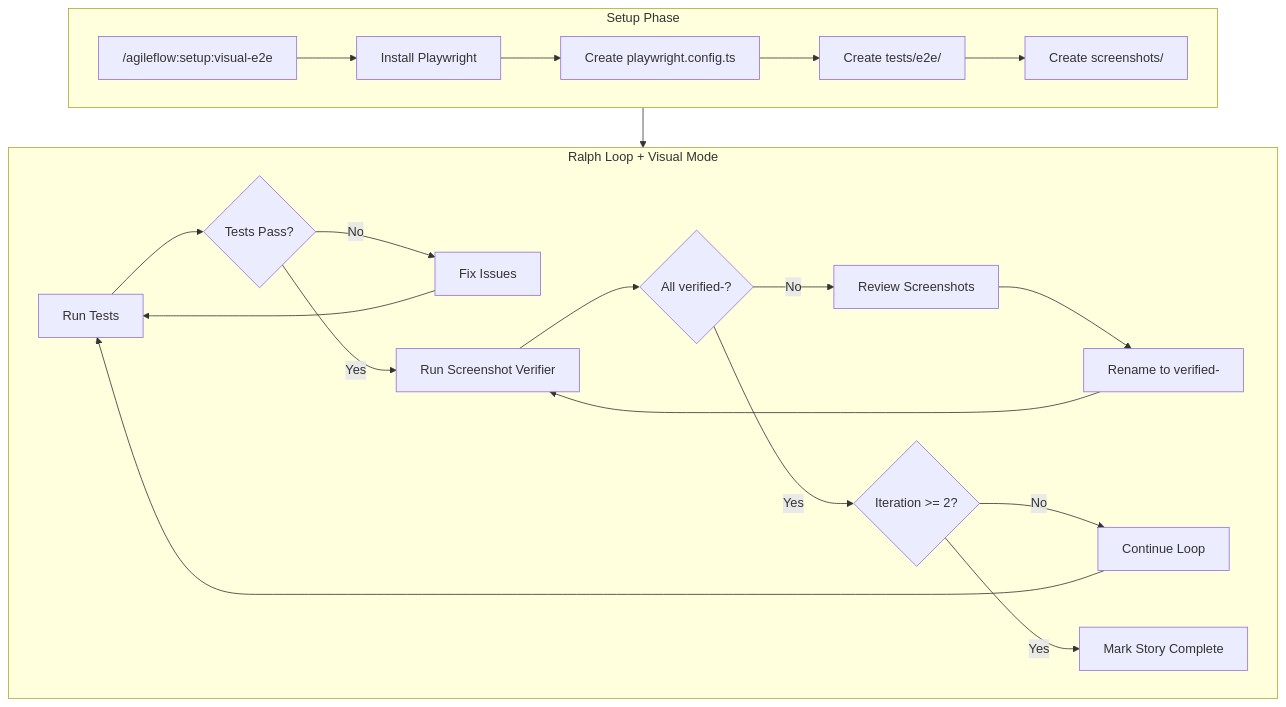
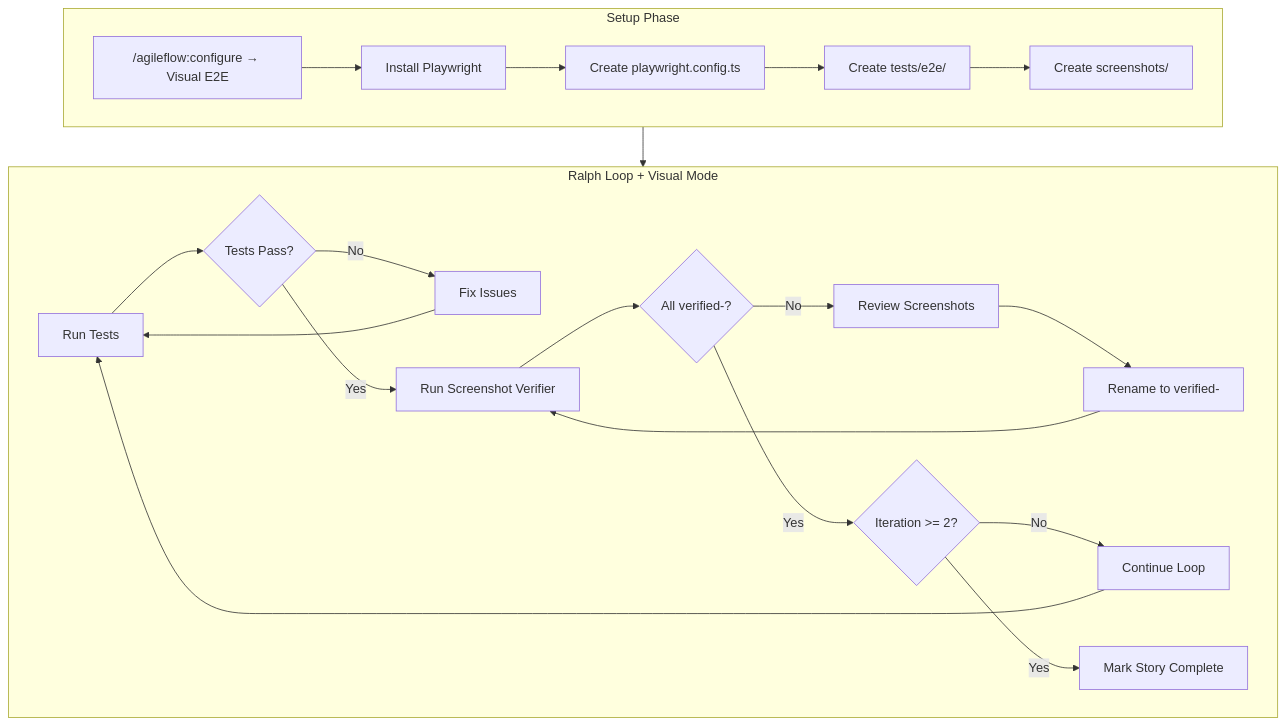
The first of 2 diagrams in docs/02-practices/visual-e2e.md (xloxn69/AgileFlow), drawn with Mermaid before and after one commit. The commit also changed other lines of this file and 19 other files, not shown here.

````diff
--- a/docs/02-practices/visual-e2e.md
+++ b/docs/02-practices/visual-e2e.md
@@ -21,26 +21,26 @@
 ```mermaid
 flowchart TB
     subgraph Setup["Setup Phase"]
-        A["/agileflow:setup:visual-e2e"] --> B["Install Playwright"]
+        A["/agileflow:configure → Visual E2E"] --> B["Install Playwright"]
         B --> C["Create playwright.config.ts"]
         C --> D["Create tests/e2e/"]
         D --> E["Create screenshots/"]
     end
 
     subgraph Loop["Ralph Loop + Visual Mode"]
         F["Run Tests"] --> G{"Tests Pass?"}
         G -->|No| H["Fix Issues"]
         H --> F
         G -->|Yes| I["Run Screenshot Verifier"]
         I --> J{"All verified-?"}
         J -->|No| K["Review Screenshots"]
         K --> L["Rename to verified-"]
         L --> I
         J -->|Yes| M{"Iteration >= 2?"}
         M -->|No| N["Continue Loop"]
         N --> F
         M -->|Yes| O["Mark Story Complete"]
     end
 
     Setup --> Loop
 ```
````
